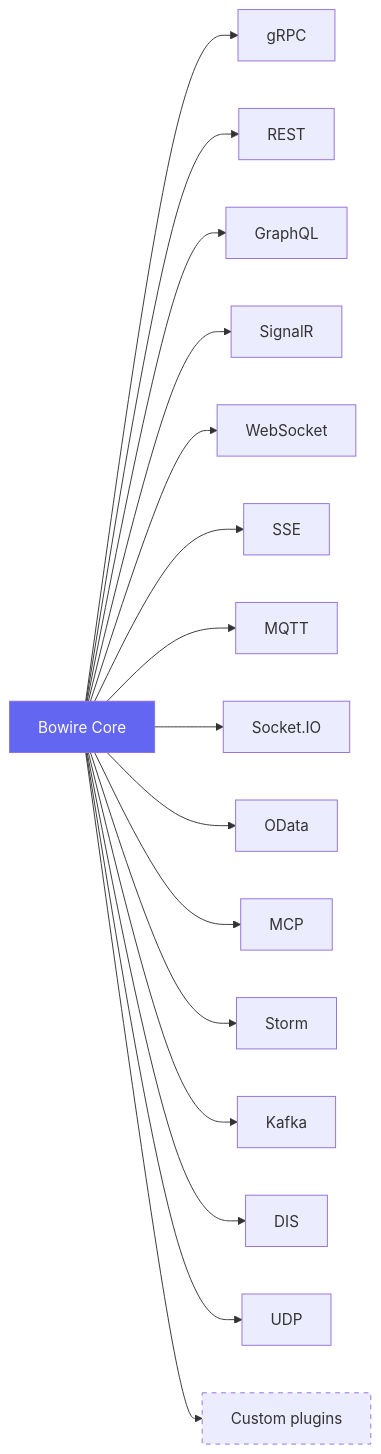
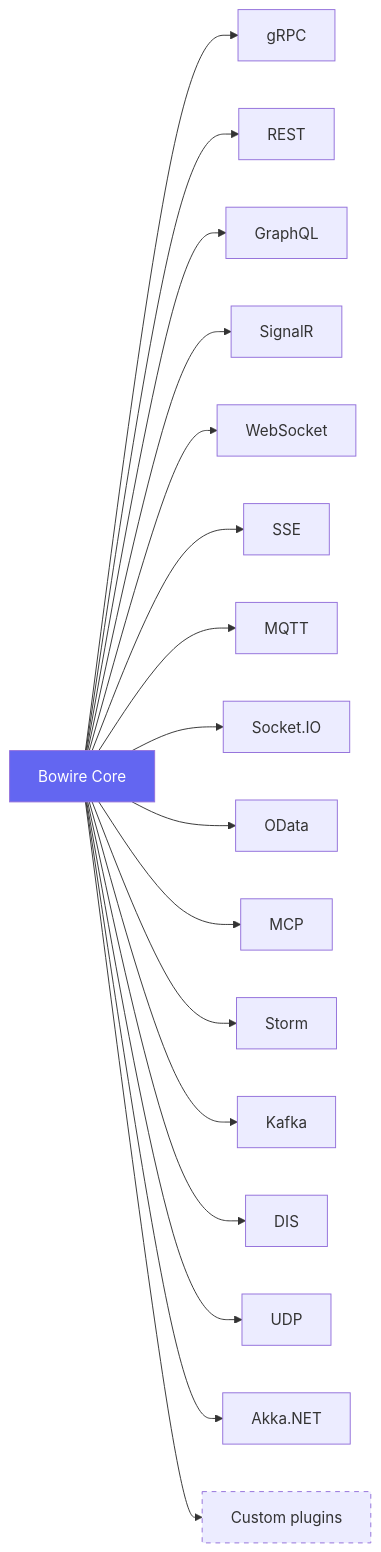
The diagram in docs/protocols/index.md (Kuestenlogik/Bowire), drawn with Mermaid before and after one commit. The commit also changed other lines of this file and 4 other files, not shown here.

First line of the commit message:
docs+site: add Akka.NET sibling plugin + redraw kafka/dis/udp icons

````diff
--- a/docs/protocols/index.md
+++ b/docs/protocols/index.md
@@ -39,20 +40,21 @@
 ```mermaid
 graph LR
     A[Bowire Core] --> B[gRPC]
     A --> C[REST]
     A --> D[GraphQL]
     A --> E[SignalR]
     A --> F[WebSocket]
     A --> G[SSE]
     A --> H[MQTT]
     A --> I[Socket.IO]
     A --> J[OData]
     A --> K[MCP]
     A --> M[Storm]
     A --> N[Kafka]
     A --> O[DIS]
     A --> P[UDP]
+    A --> Q["Akka.NET"]
     A --> L[Custom plugins]
     style A fill:#6366f1,color:#fff
     style L stroke-dasharray: 5 5
 ```
````
